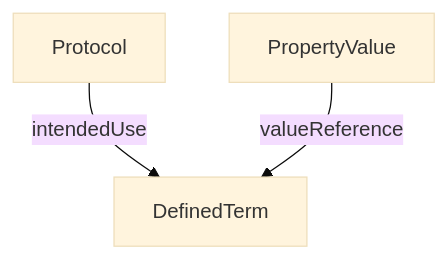
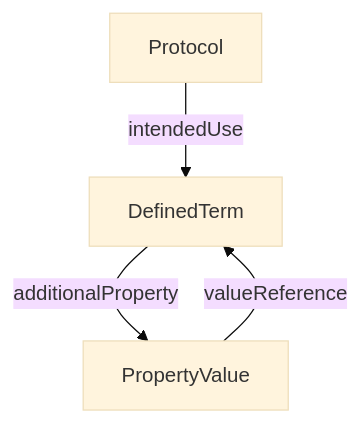
One commit to HLWeil/ProcessCore changed the diagram in spec/core/DefinedTerm.md. Above: the diagram before and after it, drawn with Mermaid (base theme). The commit also changed other lines of this file and 17 other files, not shown here.

````diff
--- a/spec/core/DefinedTerm.md
+++ b/spec/core/DefinedTerm.md
@@ -19,5 +20,6 @@
 ```mermaid
 flowchart TD
     Protocol --intendedUse--> DefinedTerm
     PropertyValue --valueReference--> DefinedTerm
+    DefinedTerm --additionalProperty--> PropertyValue
 ```
````
